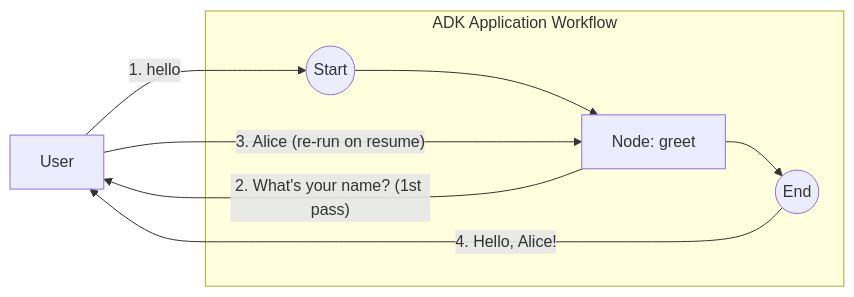
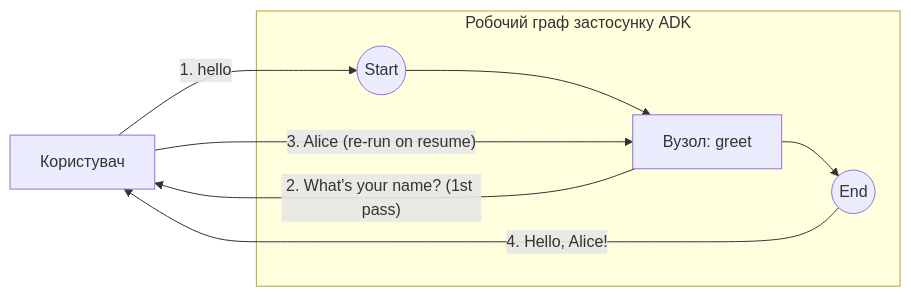
Before and after one commit to EugeneZaharchenko/ai-ae-labs: the diagram in demo/4_adk_examples/hitl_rerun/README.md, drawn with Mermaid. The commit also changed other lines of this file and 23 other files, not shown here.

````diff
--- a/demo/4_adk_examples/hitl_rerun/README.md
+++ b/demo/4_adk_examples/hitl_rerun/README.md
@@ -19,12 +19,12 @@
 ```mermaid
 graph LR
-    User[User]
-    subgraph "ADK Application Workflow"
-        Start((Start)) --> G[Node: greet]
+    User[Користувач]
+    subgraph "Робочий граф застосунку ADK"
+        Start((Start)) --> G[Вузол: greet]
         G --> End((End))
     end
     User -- "1. hello" --> Start
     G -- "2. What's your name? (1st pass)" --> User
     User -- "3. Alice (re-run on resume)" --> G
     End -- "4. Hello, Alice!" --> User
 ```
````
